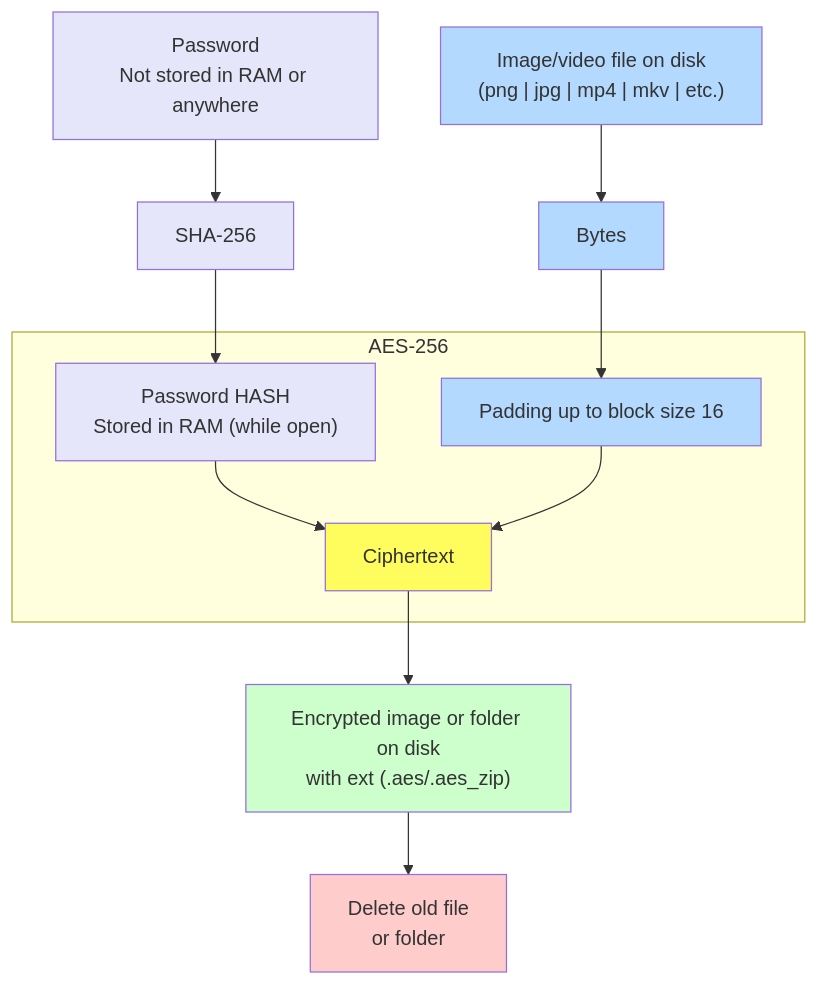
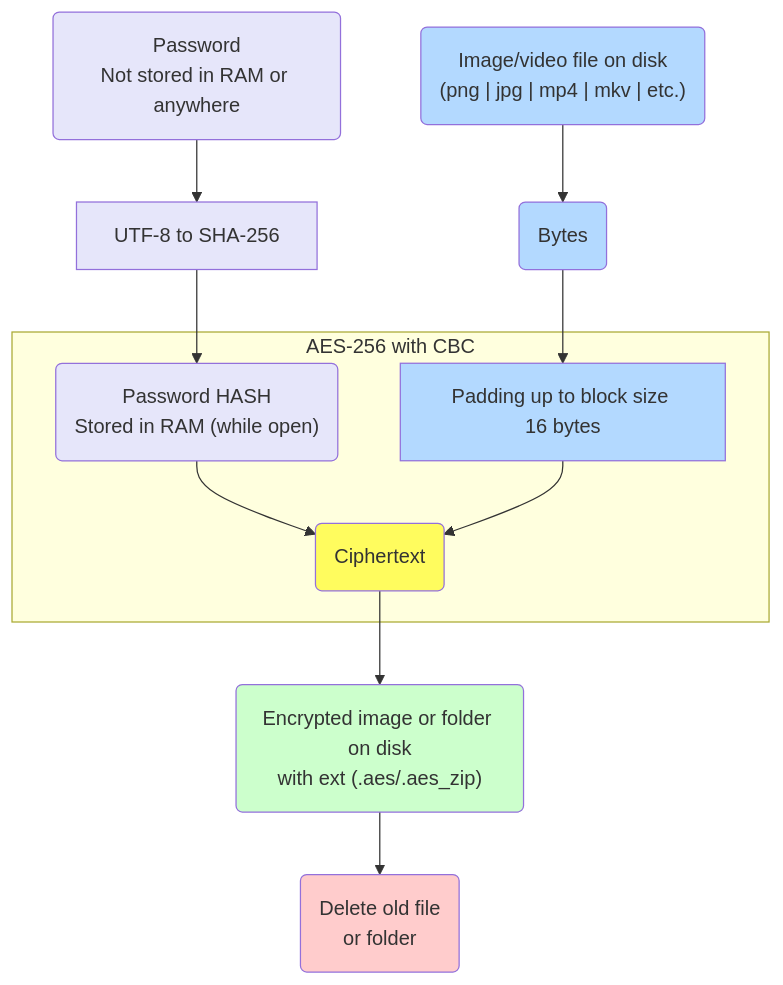
Before and after one commit to annndruha/SecurePhotos: the diagram in README.md, drawn with Mermaid.

Commit message:
Scheme to mermaid

````diff
--- a/README.md
+++ b/README.md
@@ -41,28 +41,28 @@
 ```mermaid
 
 flowchart TD
-    PW["Password<br/>Not stored in RAM or anywhere"] --> SHA[SHA-256]
-    SHA --> HASH["Password HASH<br/>Stored in RAM (while open)"]
+    PW("Password<br/>Not stored in RAM or anywhere") --> SHA[UTF-8 to SHA-256]
+    SHA --> HASH("Password HASH<br/>Stored in RAM (while open)")
     
-    DATA["Image/video file on disk<br/>(png | jpg | mp4 | mkv | etc.)"] --> BYTES["Bytes"]
-    BYTES --> PADDING["Padding up to block size 16"]
+    DATA("Image/video file on disk<br/>(png | jpg | mp4 | mkv | etc.)") --> BYTES("Bytes")
+    BYTES --> PADDING["Padding up to block size 16 bytes"]
 
-    subgraph AES-256
+    subgraph AES-256 [AES-256 with CBC]
         HASH --> CHIPPER
-        PADDING --> CHIPPER["Ciphertext"]
+        PADDING --> CHIPPER("Ciphertext")
     end
 
-    CHIPPER --> NEW_FILE["Encrypted image or folder on disk<br/>with ext (.aes/.aes_zip)"]
-    NEW_FILE --> DELETE_FILE["Delete old file<br/>or folder"]
+    CHIPPER --> NEW_FILE("Encrypted image or folder on disk<br/>with ext (.aes/.aes_zip)")
+    NEW_FILE --> DELETE_FILE("Delete old file<br/>or folder")
     
     style PW fill:#e6e6fa
     style SHA fill:#e6e6fa
     style DATA fill:#b3d9ff
     style BYTES fill:#b3d9ff
     style PADDING fill:#b3d9ff
     style HASH fill:#e6e6fa
     style CHIPPER fill:#fffc5e
     style NEW_FILE fill:#ccffcc
     style DELETE_FILE fill:#ffcccc
     
 ```
````
